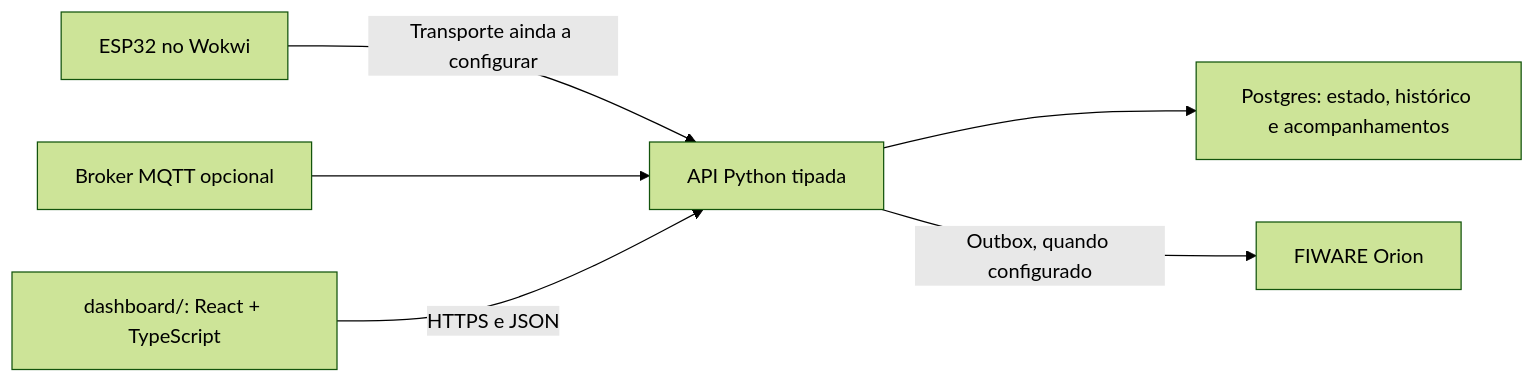
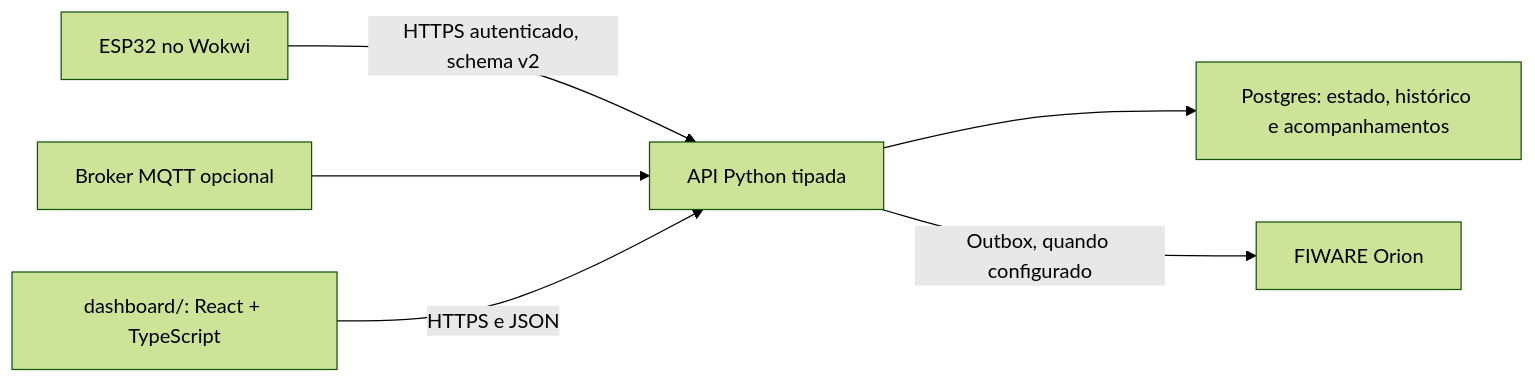
The diagram in docs/gsBackendLinux.md (BrThiagoN/water-n-assurance), drawn with Mermaid (forest theme) before and after one commit. The commit also changed other lines of this file and 17 other files, not shown here.

````diff
--- a/docs/gsBackendLinux.md
+++ b/docs/gsBackendLinux.md
@@ -9,8 +9,8 @@
 ```mermaid
 flowchart LR
-    ESP["ESP32 no Wokwi"] -->|"Transporte ainda a configurar"| API["API Python tipada"]
+    ESP["ESP32 no Wokwi"] -->|"HTTPS autenticado, schema v2"| API["API Python tipada"]
     MQTT["Broker MQTT opcional"] --> API
     API --> PG["Postgres: estado, histórico e acompanhamentos"]
     UI["dashboard/: React + TypeScript"] -->|"HTTPS e JSON"| API
     API -->|"Outbox, quando configurado"| ORION["FIWARE Orion"]
 ```
````
